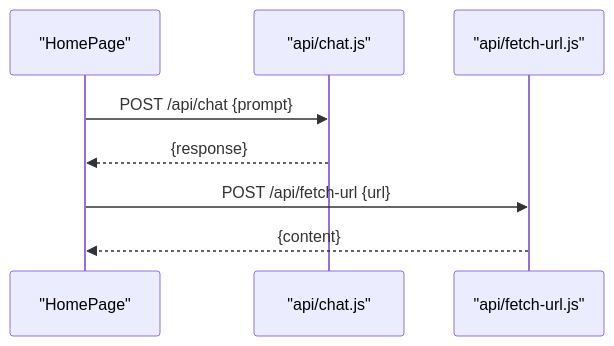
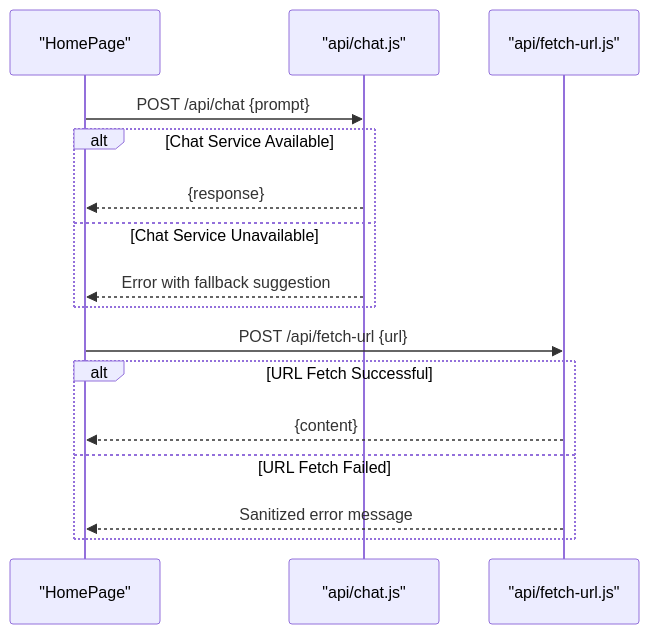
Before and after one commit to zmyeo54/briefroom: the sixth of 9 diagrams in .qoder/repowiki/en/content/Architecture Overview/Architecture Overview.md, drawn with Mermaid. The commit also changed other lines of this file and 7 other files, not shown here.

````diff
--- a/.qoder/repowiki/en/content/Architecture Overview/Architecture Overview.md
+++ b/.qoder/repowiki/en/content/Architecture Overview/Architecture Overview.md
@@ -246,10 +345,18 @@
 ```mermaid
 sequenceDiagram
 participant UI as "HomePage"
 participant APIChat as "api/chat.js"
 participant APIFetch as "api/fetch-url.js"
 UI->>APIChat : POST /api/chat {prompt}
+alt Chat Service Available
 APIChat-->>UI : {response}
+else Chat Service Unavailable
+APIChat-->>UI : Error with fallback suggestion
+end
 UI->>APIFetch : POST /api/fetch-url {url}
+alt URL Fetch Successful
 APIFetch-->>UI : {content}
+else URL Fetch Failed
+APIFetch-->>UI : Sanitized error message
+end
 ```
````
